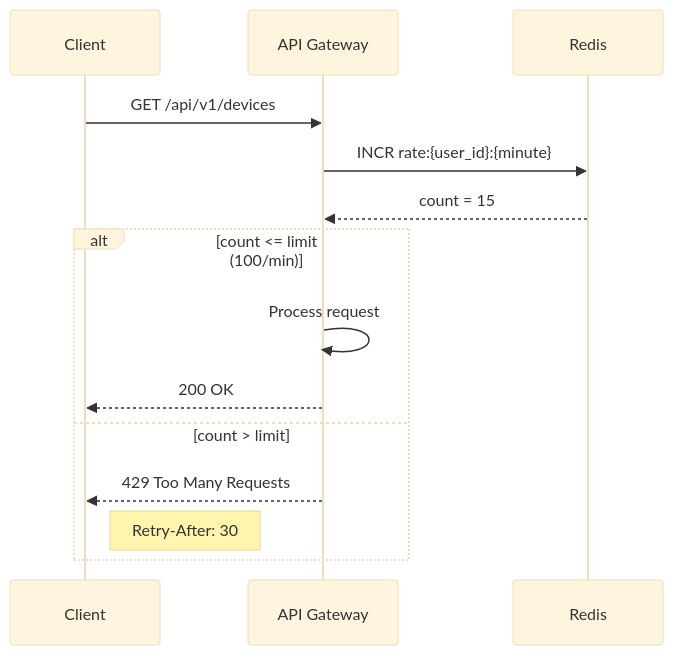
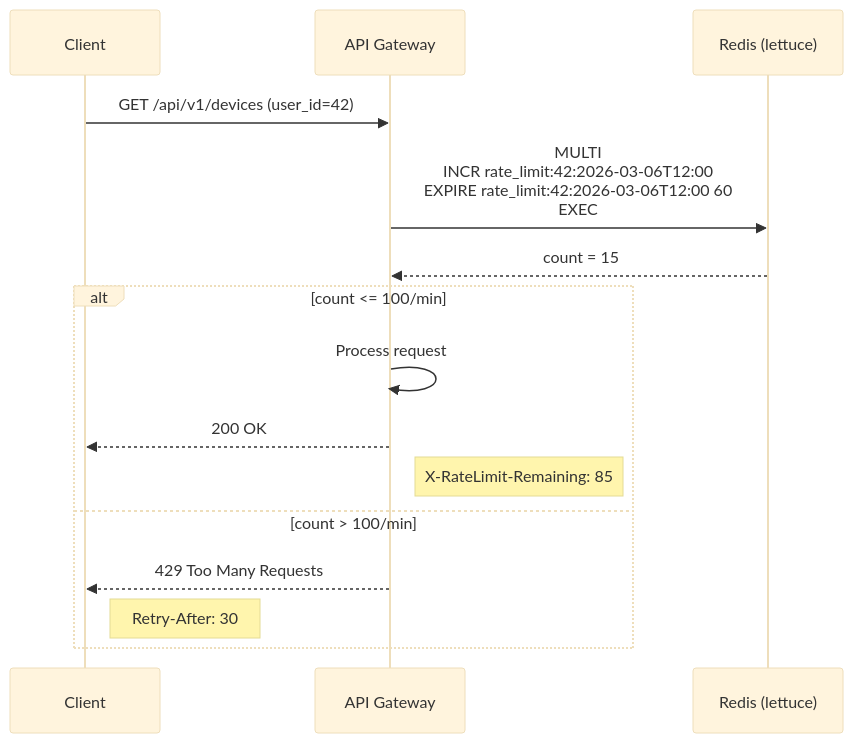
One commit to revarewerd/wayrecall-tracker-system changed the sixth of 18 diagrams in docs/blocks/ARCHITECTURE_BLOCK3.md. Above: the diagram before and after it, drawn with Mermaid (base theme). The commit also changed other lines of this file and 544 other files, not shown here.

````diff
--- a/docs/blocks/ARCHITECTURE_BLOCK3.md
+++ b/docs/blocks/ARCHITECTURE_BLOCK3.md
@@ -286,18 +384,20 @@
 ```mermaid
 sequenceDiagram
     participant C as Client
-    participant AG as API Gateway
-    participant R as Redis
+    participant GW as API Gateway
+    participant R as Redis (lettuce)
 
-    C->>AG: GET /api/v1/devices
-    AG->>R: INCR rate:{user_id}:{minute}
-    R-->>AG: count = 15
+    C->>GW: GET /api/v1/devices (user_id=42)
     
-    alt count <= limit (100/min)
-        AG->>AG: Process request
-        AG-->>C: 200 OK
-    else count > limit
-        AG-->>C: 429 Too Many Requests
+    GW->>R: MULTI<br/>INCR rate_limit:42:2026-03-06T12:00<br/>EXPIRE rate_limit:42:2026-03-06T12:00 60<br/>EXEC
+    R-->>GW: count = 15
+
+    alt count <= 100/min
+        GW->>GW: Process request
+        GW-->>C: 200 OK
+        Note right of GW: X-RateLimit-Remaining: 85
+    else count > 100/min
+        GW-->>C: 429 Too Many Requests
         Note right of C: Retry-After: 30
     end
 ```
````
